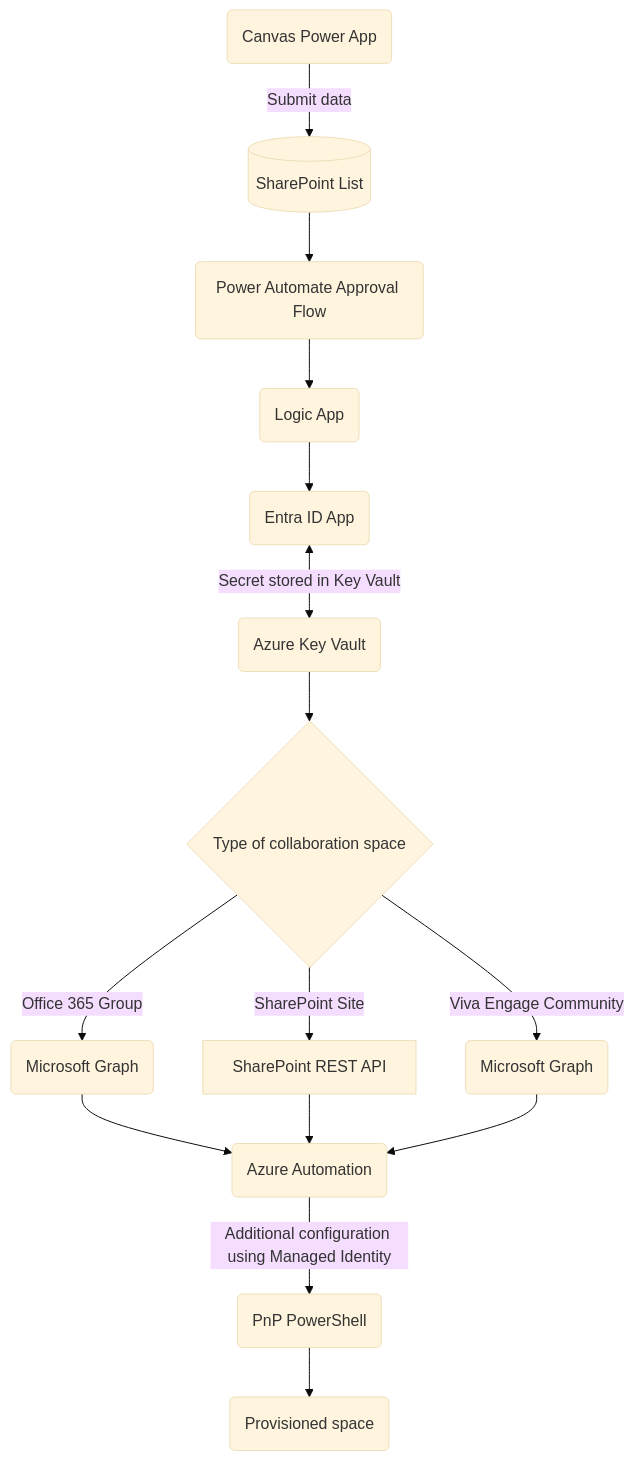
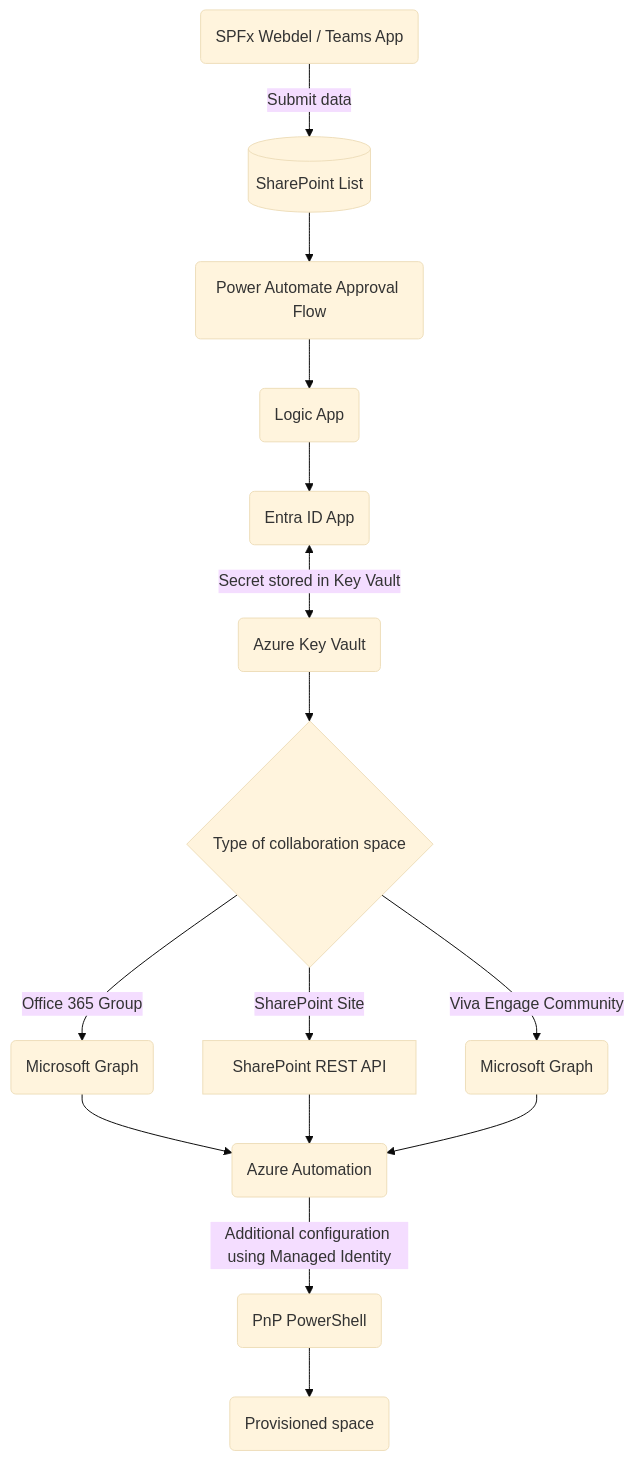
Before and after one commit to Puzzlepart/bestillingsportalen: the diagram in Architecture.md, drawn with Mermaid (base theme). The commit also changed 60 other files, not shown here.

Commit message:
Update md files and other information where the power app has been mentioned

```````diff
--- a/Architecture.md
+++ b/Architecture.md
@@ -5,10 +5,10 @@
 ``` mermaid
 graph TD
-    A(Canvas Power App) --> | Submit data | B[(SharePoint List)] --> C(Power Automate Approval Flow) --> D(Logic App) --> E(Entra ID App) <--> | Secret stored in Key Vault | F(Azure Key Vault) --> G{Type of collaboration space} --> |SharePoint Site| H[SharePoint REST API] 
+    A(SPFx Webdel / Teams App) --> | Submit data | B[(SharePoint List)] --> C(Power Automate Approval Flow) --> D(Logic App) --> E(Entra ID App) <--> | Secret stored in Key Vault | F(Azure Key Vault) --> G{Type of collaboration space} --> |SharePoint Site| H[SharePoint REST API] 
     G --> | Office 365 Group | I(Microsoft Graph)
     G --> | Viva Engage Community | J(Microsoft Graph) 
     I --> K(Azure Automation)
     H --> K
     J --> K
     K --> | Additional configuration using Managed Identity | L(PnP PowerShell) --> M(Provisioned space)
 ``````
```````
